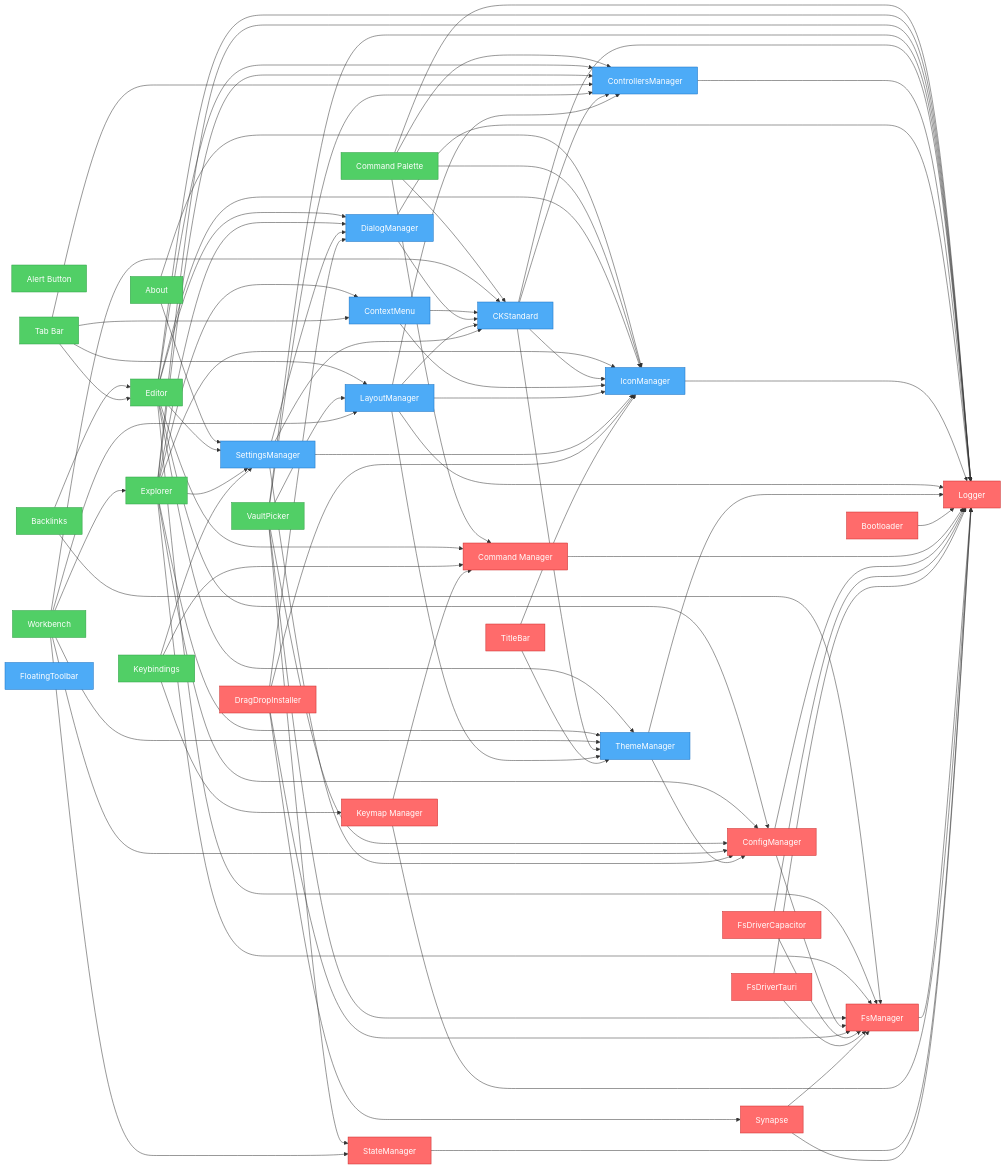
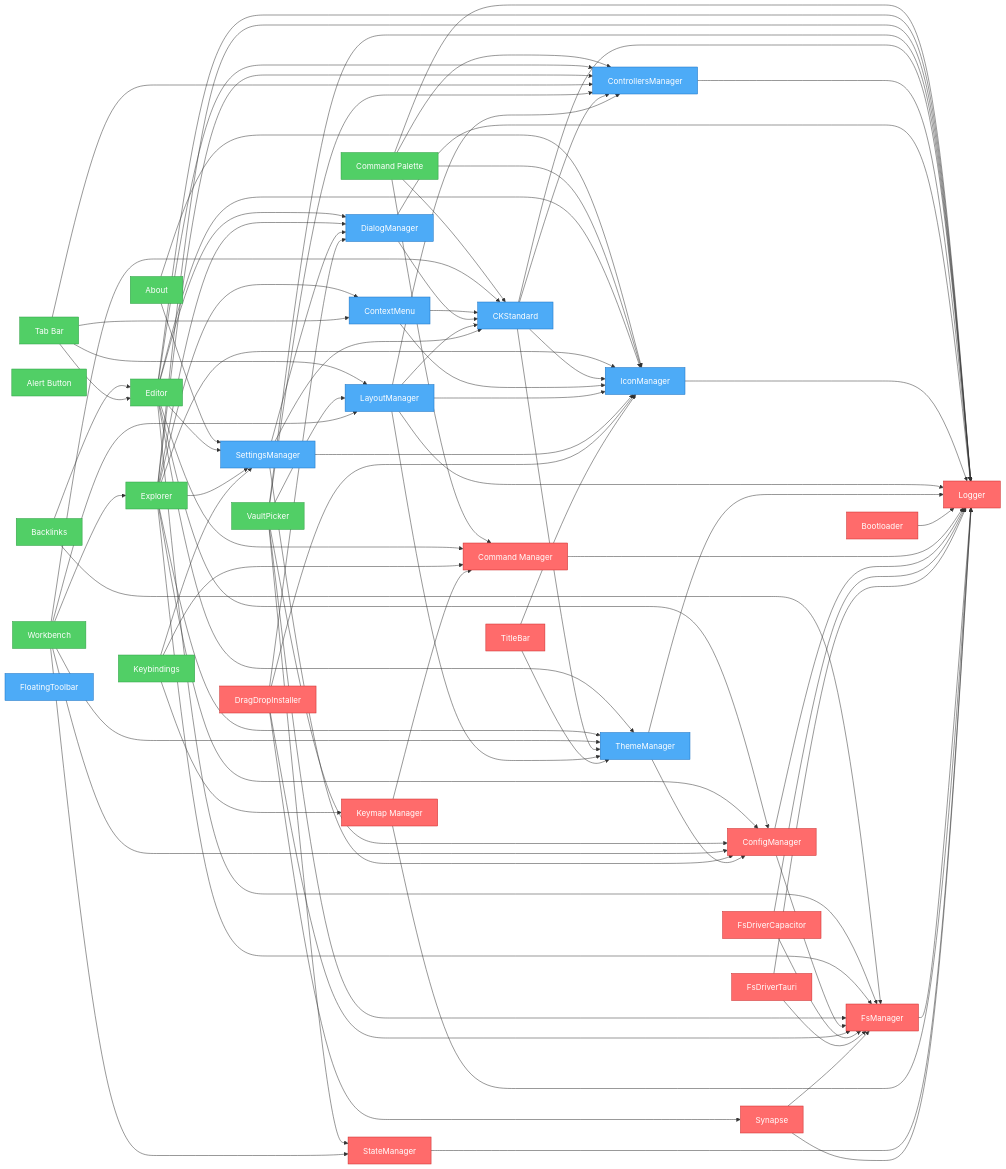
One commit to khton-tech/notehub.md changed the diagram in artifacts/graph.mmd. Above: the diagram before and after it, drawn with Mermaid. The commit also changed 20 other files, not shown here.

Commit message:
feat: introduce initial plugin architecture with registry, core system plugins, and feature plugins

```diff
--- a/artifacts/graph.mmd
+++ b/artifacts/graph.mmd
@@ -1,128 +1,128 @@
 flowchart LR
     nh_features_about["About"]
+    nh_features_backlinks["Backlinks"]
     nh_features_alert-button["Alert Button"]
-    nh_features_backlinks["Backlinks"]
     nh_features_command-palette["Command Palette"]
     nh_features_editor["Editor"]
     nh_features_explorer["Explorer"]
     nh_features_keybindings["Keybindings"]
     nh_features_tabbar["Tab Bar"]
     nh_features_vault-picker["VaultPicker"]
     nh_features_workbench["Workbench"]
     nh_ui_ck-standard["CKStandard"]
     nh_ui_context-menu["ContextMenu"]
     nh_ui_controllers-manager["ControllersManager"]
     nh_ui_dialog-manager["DialogManager"]
     nh_ui_floating-toolbar["FloatingToolbar"]
     nh_ui_icon-manager["IconManager"]
     nh_ui_layout-manager["LayoutManager"]
     nh_ui_settings-manager["SettingsManager"]
     nh_ui_theme-manager["ThemeManager"]
     nh_system_bootloader["Bootloader"]
     nh_system_command-manager["Command Manager"]
     nh_system_config-manager["ConfigManager"]
     nh_system_drag-drop["DragDropInstaller"]
     nh_system_fs-driver-capacitor["FsDriverCapacitor"]
     nh_system_fs-driver-tauri["FsDriverTauri"]
     nh_system_fs-manager["FsManager"]
     nh_system_keymap["Keymap Manager"]
     nh_system_logger["Logger"]
     nh_system_state-manager["StateManager"]
     nh_system_synapse["Synapse"]
     nh_system_titlebar["TitleBar"]
     nh_features_about --> nh_ui_settings-manager
     nh_features_about --> nh_ui_icon-manager
     nh_features_backlinks --> nh_features_editor
     nh_features_backlinks --> nh_system_fs-manager
     nh_features_command-palette --> nh_system_command-manager
     nh_features_command-palette --> nh_system_logger
     nh_features_command-palette --> nh_ui_controllers-manager
     nh_features_command-palette --> nh_ui_ck-standard
     nh_features_command-palette --> nh_ui_icon-manager
     nh_features_editor --> nh_system_config-manager
     nh_features_editor --> nh_system_command-manager
     nh_features_editor --> nh_ui_settings-manager
     nh_features_editor --> nh_system_fs-manager
     nh_features_editor --> nh_system_logger
     nh_features_editor --> nh_ui_controllers-manager
     nh_features_editor --> nh_ui_dialog-manager
     nh_features_editor --> nh_ui_icon-manager
     nh_features_editor --> nh_ui_theme-manager
     nh_features_explorer --> nh_system_config-manager
     nh_features_explorer --> nh_ui_settings-manager
     nh_features_explorer --> nh_system_fs-manager
     nh_features_explorer --> nh_system_logger
     nh_features_explorer --> nh_ui_controllers-manager
     nh_features_explorer --> nh_ui_icon-manager
     nh_features_explorer --> nh_ui_theme-manager
     nh_features_explorer --> nh_ui_context-menu
     nh_features_explorer --> nh_ui_dialog-manager
     nh_features_keybindings --> nh_ui_settings-manager
     nh_features_keybindings --> nh_system_command-manager
     nh_features_keybindings --> nh_system_keymap
     nh_features_tabbar --> nh_features_editor
     nh_features_tabbar --> nh_ui_controllers-manager
     nh_features_tabbar --> nh_ui_layout-manager
     nh_features_tabbar --> nh_ui_context-menu
     nh_features_vault-picker --> nh_system_fs-manager
     nh_features_vault-picker --> nh_system_config-manager
     nh_features_vault-picker --> nh_system_state-manager
     nh_features_vault-picker --> nh_system_logger
     nh_features_vault-picker --> nh_ui_controllers-manager
     nh_features_vault-picker --> nh_ui_layout-manager
     nh_features_workbench --> nh_system_config-manager
     nh_features_workbench --> nh_ui_layout-manager
     nh_features_workbench --> nh_ui_theme-manager
     nh_features_workbench --> nh_ui_ck-standard
     nh_features_workbench --> nh_system_state-manager
     nh_features_workbench --> nh_features_explorer
     nh_ui_ck-standard --> nh_system_logger
     nh_ui_ck-standard --> nh_ui_controllers-manager
     nh_ui_ck-standard --> nh_ui_icon-manager
     nh_ui_ck-standard --> nh_ui_theme-manager
     nh_ui_context-menu --> nh_ui_icon-manager
     nh_ui_context-menu --> nh_ui_ck-standard
     nh_ui_controllers-manager --> nh_system_logger
     nh_ui_dialog-manager --> nh_system_logger
     nh_ui_dialog-manager --> nh_ui_ck-standard
     nh_ui_icon-manager --> nh_system_logger
     nh_ui_layout-manager --> nh_system_logger
     nh_ui_layout-manager --> nh_ui_theme-manager
     nh_ui_layout-manager --> nh_ui_icon-manager
     nh_ui_layout-manager --> nh_ui_controllers-manager
     nh_ui_layout-manager --> nh_ui_ck-standard
     nh_ui_settings-manager --> nh_system_config-manager
     nh_ui_settings-manager --> nh_ui_ck-standard
     nh_ui_settings-manager --> nh_ui_icon-manager
     nh_ui_settings-manager --> nh_ui_dialog-manager
     nh_ui_theme-manager --> nh_system_logger
     nh_ui_theme-manager --> nh_system_config-manager
     nh_system_bootloader --> nh_system_logger
     nh_system_command-manager --> nh_system_logger
     nh_system_config-manager --> nh_system_logger
     nh_system_config-manager --> nh_system_fs-manager
     nh_system_drag-drop --> nh_ui_icon-manager
     nh_system_drag-drop --> nh_ui_dialog-manager
     nh_system_drag-drop --> nh_system_fs-manager
     nh_system_drag-drop --> nh_system_synapse
     nh_system_fs-driver-capacitor --> nh_system_logger
     nh_system_fs-driver-capacitor --> nh_system_fs-manager
     nh_system_fs-driver-tauri --> nh_system_logger
     nh_system_fs-driver-tauri --> nh_system_fs-manager
     nh_system_fs-manager --> nh_system_logger
     nh_system_keymap --> nh_system_command-manager
     nh_system_keymap --> nh_system_logger
     nh_system_state-manager --> nh_system_logger
     nh_system_synapse --> nh_system_fs-manager
     nh_system_synapse --> nh_system_logger
     nh_system_titlebar --> nh_ui_icon-manager
     nh_system_titlebar --> nh_ui_theme-manager
 
     %% Styles
     classDef system fill:#ff6b6b,stroke:#c92a2a,color:#fff
     classDef ui fill:#4dabf7,stroke:#1971c2,color:#fff
     classDef feature fill:#51cf66,stroke:#2f9e44,color:#fff
-    class nh_features_about,nh_features_alert-button,nh_features_backlinks,nh_features_keybindings,nh_features_vault-picker feature
+    class nh_features_about,nh_features_backlinks,nh_features_alert-button,nh_features_keybindings,nh_features_vault-picker feature
     class nh_features_command-palette,nh_features_editor,nh_features_explorer,nh_features_tabbar,nh_features_workbench feature
     class nh_ui_ck-standard,nh_ui_context-menu,nh_ui_controllers-manager,nh_ui_dialog-manager,nh_ui_floating-toolbar,nh_ui_icon-manager,nh_ui_layout-manager,nh_ui_settings-manager,nh_ui_theme-manager ui
     class nh_system_bootloader,nh_system_command-manager,nh_system_config-manager,nh_system_drag-drop,nh_system_fs-driver-capacitor,nh_system_fs-driver-tauri,nh_system_fs-manager,nh_system_keymap,nh_system_logger,nh_system_state-manager,nh_system_synapse,nh_system_titlebar system
```
